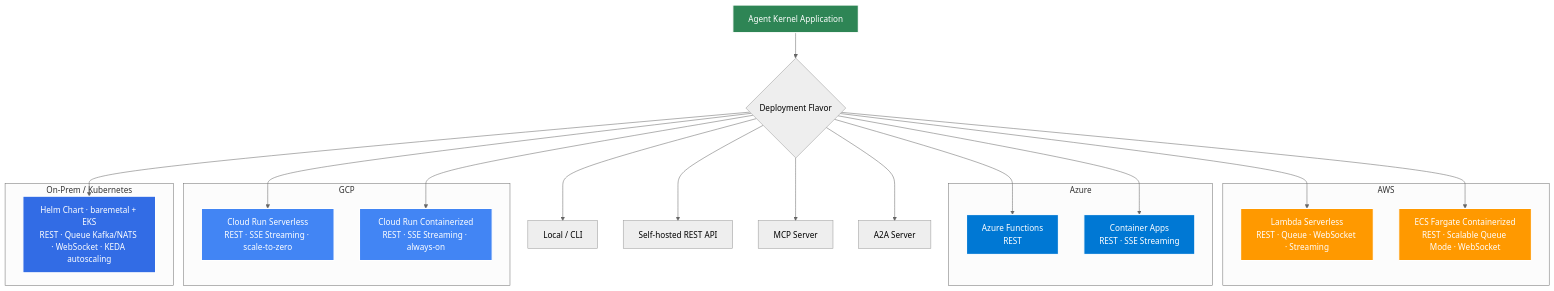
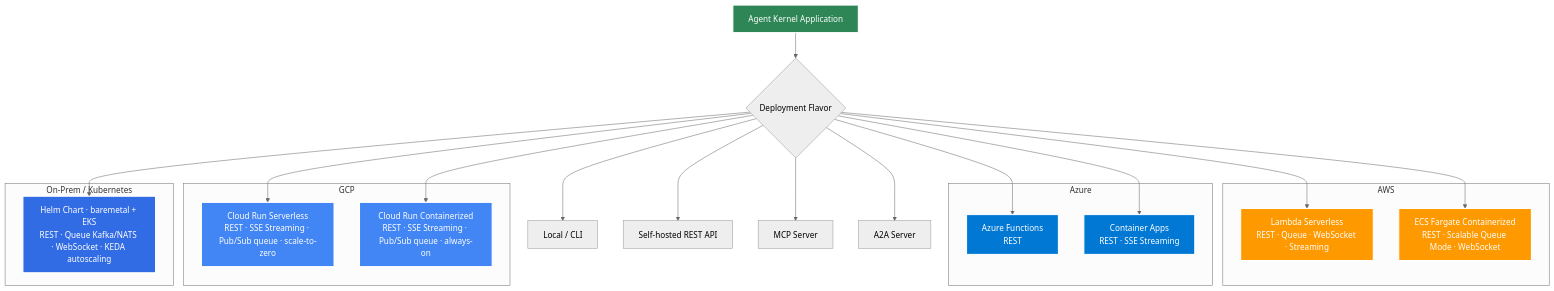
One commit to yaalalabs/agent-kernel changed the first of 2 diagrams in docs/docs/deployment/overview.md. Above: the diagram before and after it, drawn with Mermaid (neutral theme). The commit also changed other lines of this file and 29 other files, not shown here.

Commit message:
feat(gcp): update documentation for GCP queue mode with Pub/Sub integration and enhance transport references

````diff
--- a/docs/docs/deployment/overview.md
+++ b/docs/docs/deployment/overview.md
@@ -11,44 +11,44 @@
 ```mermaid
 graph TB
     A[Agent Kernel Application] --> B{Deployment Flavor}
     B --> C[Local / CLI]
     B --> D[Self-hosted REST API]
     B --> K[MCP Server]
     B --> L[A2A Server]
 
     subgraph AWS["AWS"]
         E[Lambda Serverless<br/>REST · Queue · WebSocket · Streaming]
         F[ECS Fargate Containerized<br/>REST · Scalable Queue Mode · WebSocket]
     end
 
     subgraph AZ["Azure"]
         G[Azure Functions<br/>REST]
         H[Container Apps<br/>REST · SSE Streaming]
     end
 
     subgraph GCP["GCP"]
-        I[Cloud Run Serverless<br/>REST · SSE Streaming · scale-to-zero]
-        J[Cloud Run Containerized<br/>REST · SSE Streaming · always-on]
+        I[Cloud Run Serverless<br/>REST · SSE Streaming · Pub/Sub queue · scale-to-zero]
+        J[Cloud Run Containerized<br/>REST · SSE Streaming · Pub/Sub queue · always-on]
     end
 
     subgraph K8S["On-Prem / Kubernetes"]
         M[Helm Chart · baremetal + EKS<br/>REST · Queue Kafka/NATS · WebSocket · KEDA autoscaling]
     end
 
     B --> E
     B --> F
     B --> G
     B --> H
     B --> I
     B --> J
     B --> M
 
     style A fill:#2e8555,stroke:#fff,stroke-width:2px,color:#fff
     style E fill:#FF9900,stroke:#fff,stroke-width:2px,color:#fff
     style F fill:#FF9900,stroke:#fff,stroke-width:2px,color:#fff
     style G fill:#0078D4,stroke:#fff,stroke-width:2px,color:#fff
     style H fill:#0078D4,stroke:#fff,stroke-width:2px,color:#fff
     style I fill:#4285F4,stroke:#fff,stroke-width:2px,color:#fff
     style J fill:#4285F4,stroke:#fff,stroke-width:2px,color:#fff
     style M fill:#326CE5,stroke:#fff,stroke-width:2px,color:#fff
 ```
````
